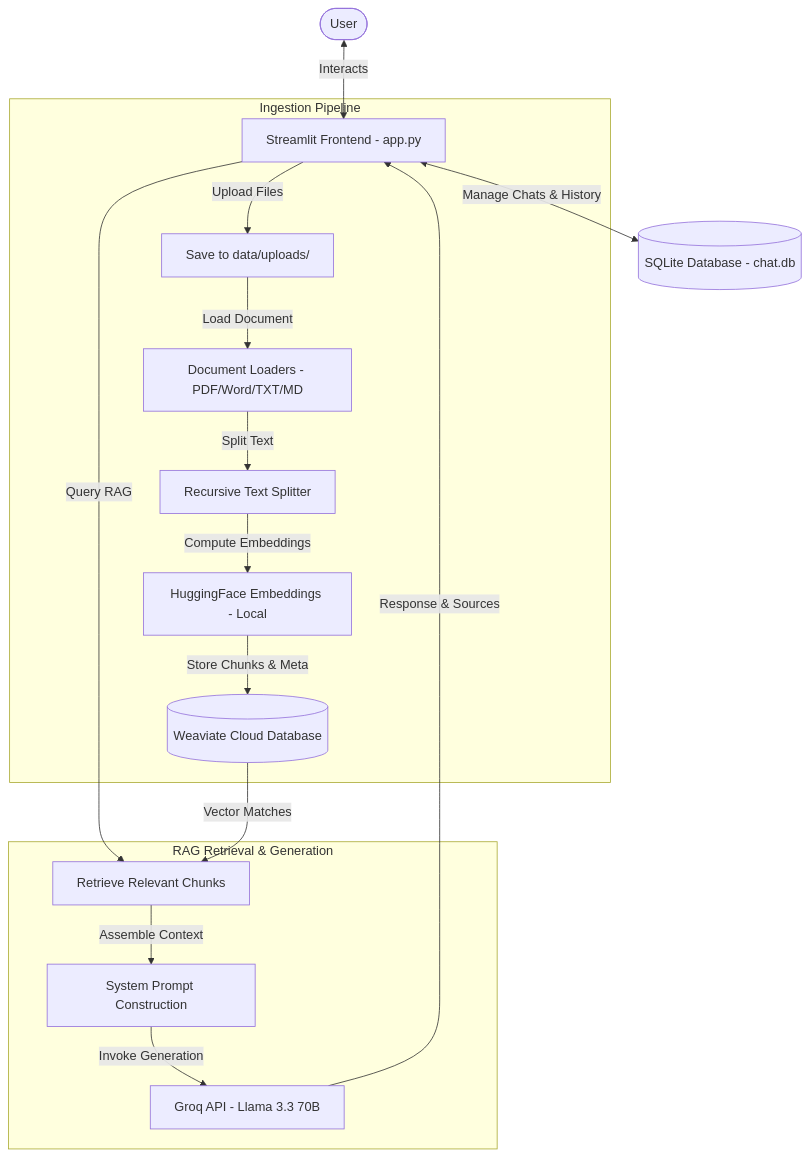
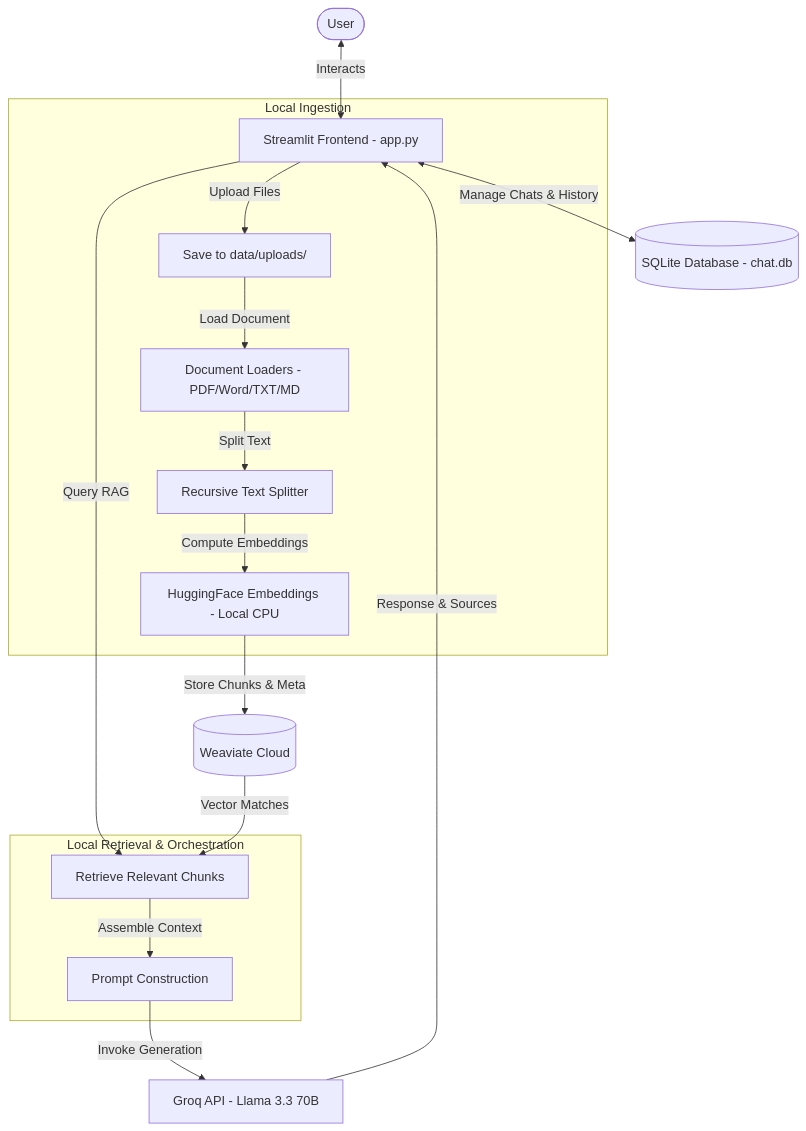
One commit to sattyaaa/ChatWithDocs changed the diagram in README.md. Above: the diagram before and after it, drawn with Mermaid.

Commit message:
Update system architecture diagram to represent Weaviate Cloud and Groq API as external systems

````diff
--- a/README.md
+++ b/README.md
@@ -9,21 +9,23 @@
 ```mermaid
 graph TD
     User([User]) <-->|Interacts| UI[Streamlit Frontend - app.py]
     UI <-->|Manage Chats & History| SQLite[(SQLite Database - chat.db)]
     
-    subgraph Ingestion Pipeline
+    subgraph Local Ingestion
         UI -->|Upload Files| Save[Save to data/uploads/]
         Save -->|Load Document| Load[Document Loaders - PDF/Word/TXT/MD]
         Load -->|Split Text| Split[Recursive Text Splitter]
-        Split -->|Compute Embeddings| HF[HuggingFace Embeddings - Local]
-        HF -->|Store Chunks & Meta| Weaviate[(Weaviate Cloud Database)]
+        Split -->|Compute Embeddings| HF[HuggingFace Embeddings - Local CPU]
     end
 
-    subgraph RAG Retrieval & Generation
+    subgraph Local Retrieval & Orchestration
         UI -->|Query RAG| Retrieve[Retrieve Relevant Chunks]
-        Weaviate -->|Vector Matches| Retrieve
-        Retrieve -->|Assemble Context| Prompt[System Prompt Construction]
-        Prompt -->|Invoke Generation| Groq[Groq API - Llama 3.3 70B]
-        Groq -->|Response & Sources| UI
+        Retrieve -->|Assemble Context| Prompt[Prompt Construction]
     end
+
+    %% External Systems
+    HF -->|Store Chunks & Meta| Weaviate[(Weaviate Cloud)]
+    Weaviate -->|Vector Matches| Retrieve
+    Prompt -->|Invoke Generation| Groq[Groq API - Llama 3.3 70B]
+    Groq -->|Response & Sources| UI
 ```
````
